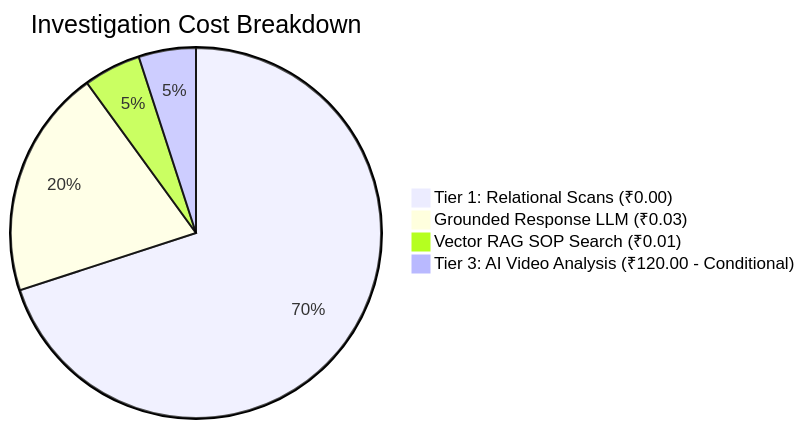
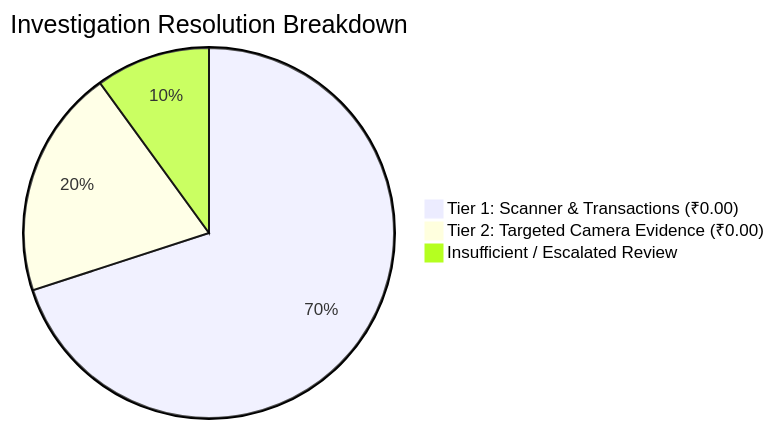
Before and after one commit to Aswini765/Stocktrace: the seventh of 7 diagrams in STOCKTRACE_ARCHITECTURE.md, drawn with Mermaid. The commit also changed other lines of this file and 14 other files, not shown here.

````diff
--- a/STOCKTRACE_ARCHITECTURE.md
+++ b/STOCKTRACE_ARCHITECTURE.md
@@ -459,7 +459,6 @@
 ```mermaid
-pie title Investigation Cost Breakdown
-    "Tier 1: Relational Scans (₹0.00)" : 70
-    "Grounded Response LLM (₹0.03)" : 20
-    "Vector RAG SOP Search (₹0.01)" : 5
-    "Tier 3: AI Video Analysis (₹120.00 - Conditional)" : 5
+pie title Investigation Resolution Breakdown
+    "Tier 1: Scanner & Transactions (₹0.00)" : 70
+    "Tier 2: Targeted Camera Evidence (₹0.00)" : 20
+    "Insufficient / Escalated Review" : 10
 ```
````
